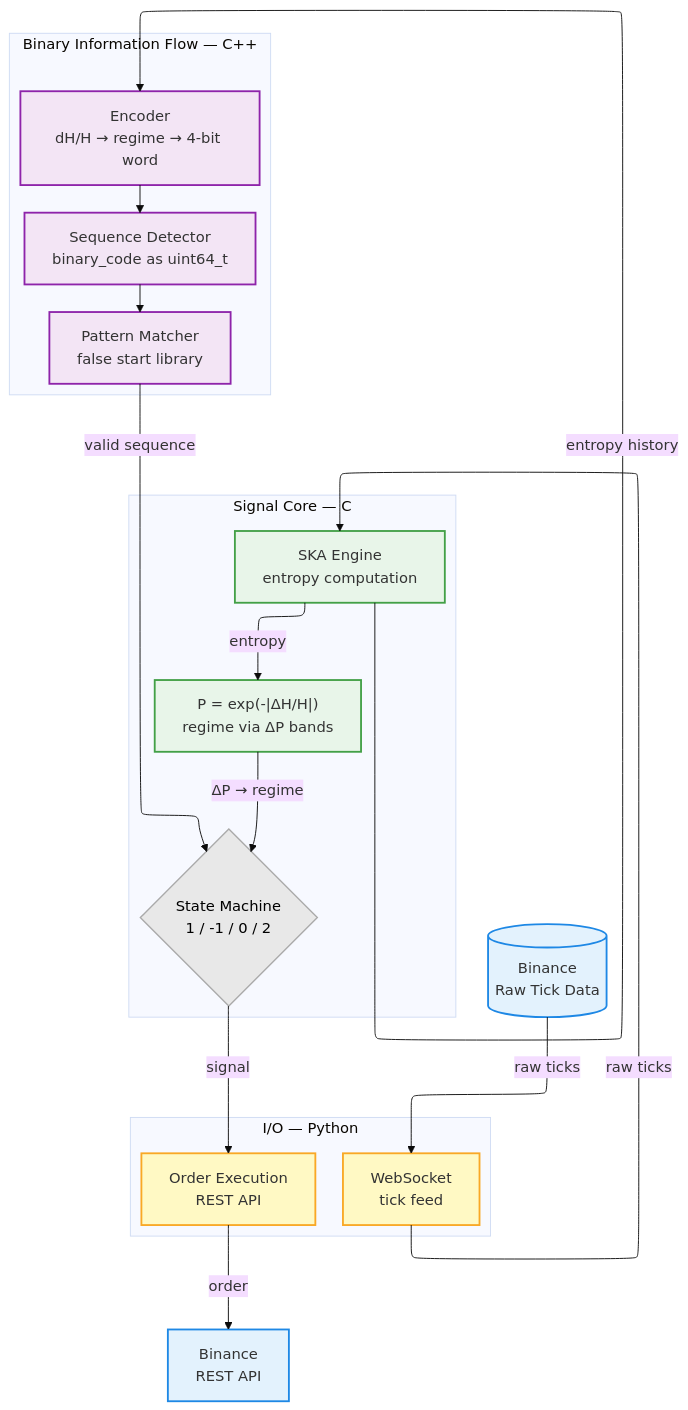
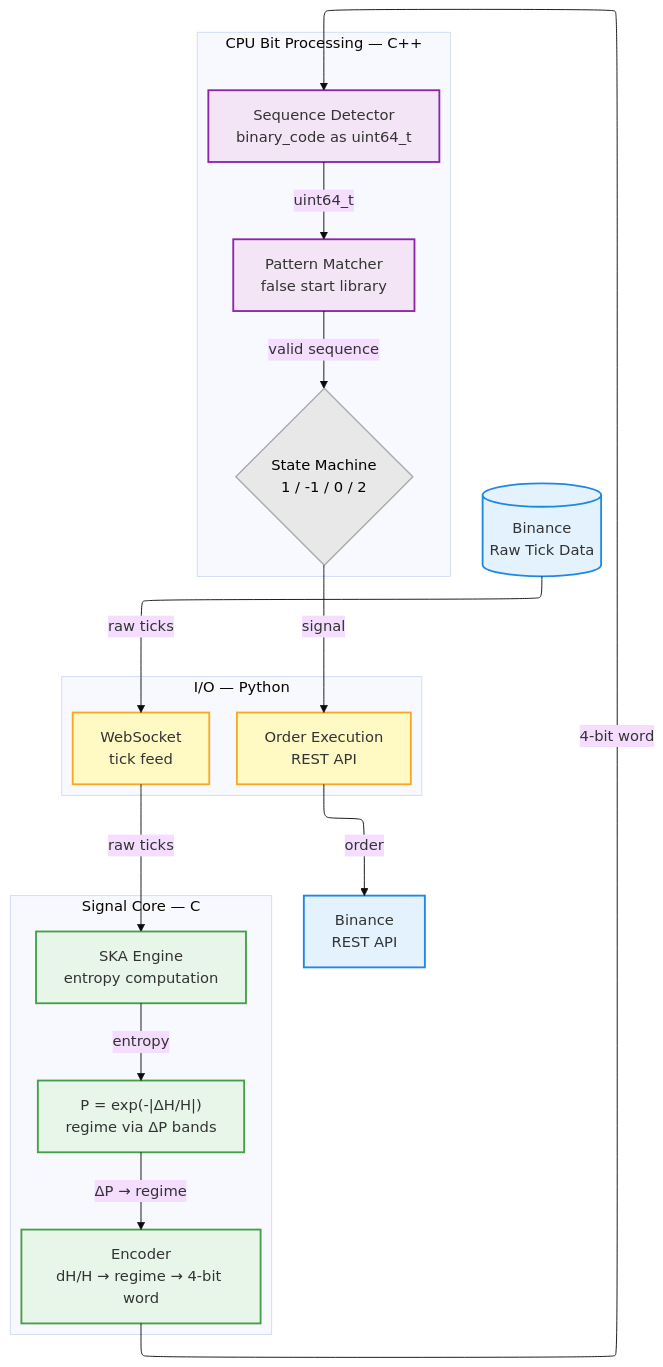
Before and after one commit to quantiota/SKA-quantitative-finance: the diagram in ska_engine_c/README.md, drawn with Mermaid. The commit also changed other lines of this file, not shown here.

````diff
--- a/ska_engine_c/README.md
+++ b/ska_engine_c/README.md
@@ -22,54 +24,54 @@
 ```mermaid
 ---
 config:
   look: classic
   theme: base
   layout: elk
 ---
 flowchart TD
 
 BINANCE[(Binance\nRaw Tick Data)]
 EXCHANGE[Binance\nREST API]
 
 subgraph IO["I/O — Python"]
   direction TB
   WS[WebSocket\ntick feed]
   ORDER[Order Execution\nREST API]
 end
 
 subgraph SignalCore["Signal Core — C"]
   direction TB
   ENGINE[SKA Engine\nentropy computation]
   P["P = exp(-|ΔH/H|)\nregime via ΔP bands"]
-  SM@{ shape: diamond, label: "State Machine\n1 / -1 / 0 / 2" }
+  ENC[Encoder\ndH/H → regime → 4-bit word]
   ENGINE -->|entropy| P
-  P -->|ΔP → regime| SM
+  P -->|ΔP → regime| ENC
 end
 
-subgraph BinaryFlow["Binary Information Flow — C++"]
+subgraph BitProcessing["CPU Bit Processing — C++"]
   direction TB
-  ENC[Encoder\ndH/H → regime → 4-bit word]
   SEQ[Sequence Detector\nbinary_code as uint64_t]
   PAT[Pattern Matcher\nfalse start library]
-  ENC --> SEQ --> PAT
+  SM@{ shape: diamond, label: "State Machine\n1 / -1 / 0 / 2" }
+  SEQ -->|uint64_t| PAT
+  PAT -->|valid sequence| SM
 end
 
 BINANCE -->|raw ticks| WS
 WS -->|raw ticks| ENGINE
-ENGINE -->|entropy history| ENC
-PAT -->|valid sequence| SM
+ENC -->|4-bit word| SEQ
 SM -->|signal| ORDER
 ORDER -->|order| EXCHANGE
 
 classDef data     fill:#E3F2FD,stroke:#1E88E5,stroke-width:2px;
 classDef binary   fill:#E8F5E9,stroke:#43A047,stroke-width:2px;
 classDef flow     fill:#F3E5F5,stroke:#8E24AA,stroke-width:2px;
 classDef io       fill:#FFF9C4,stroke:#F9A825,stroke-width:2px;
 classDef signal   fill:#E8E8E8,stroke:#AAAAAA,color:#000,stroke-width:1.5px;
 
 class BINANCE,EXCHANGE data;
-class ENGINE,P binary;
-class ENC,SEQ,PAT flow;
+class ENGINE,P,ENC binary;
+class SEQ,PAT flow;
 class SM signal;
 class WS,ORDER io;
 ```
````
